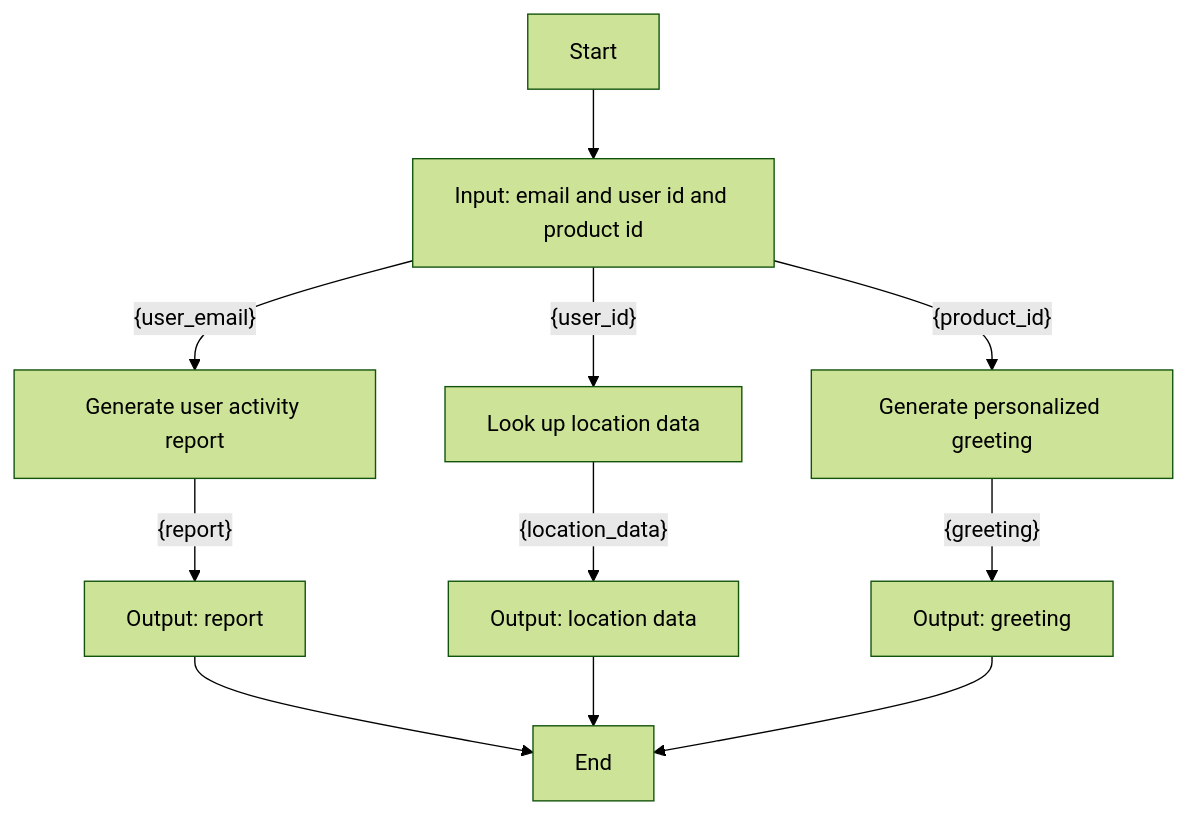
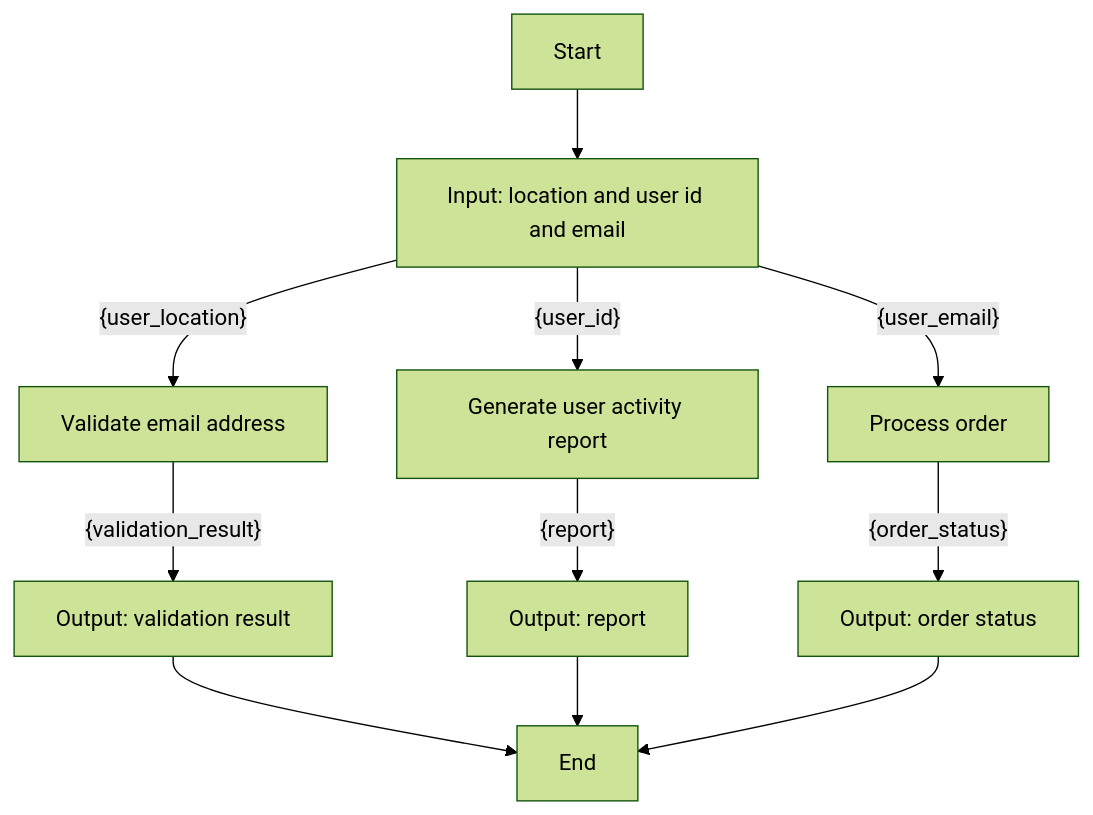
One commit to YJ-928/Temporal-Python-SDK changed the diagram in poc-dsl-compiler/input/workflows/workflow_3.md. Above: the diagram before and after it, drawn with Mermaid (forest theme). The commit also changed 46 other files, not shown here.

````diff
--- a/poc-dsl-compiler/input/workflows/workflow_3.md
+++ b/poc-dsl-compiler/input/workflows/workflow_3.md
@@ -1,13 +1,13 @@
 ```mermaid
 graph TD
-    A[Start] --> B[Input: email and user id and product id]
-    B[Input: email and user id and product id] -- {user_email} --> C[Generate user activity report]
-    C[Generate user activity report] -- {report} --> D[Output: report]
-    D[Output: report] --> I[End]
-    B[Input: email and user id and product id] -- {user_id} --> E[Look up location data]
-    E[Look up location data] -- {location_data} --> F[Output: location data]
-    F[Output: location data] --> I[End]
-    B[Input: email and user id and product id] -- {product_id} --> G[Generate personalized greeting]
-    G[Generate personalized greeting] -- {greeting} --> H[Output: greeting]
-    H[Output: greeting] --> I[End]
+    A[Start] --> B[Input: location and user id and email]
+    B[Input: location and user id and email] -- {user_location} --> C[Validate email address]
+    C[Validate email address] -- {validation_result} --> D[Output: validation result]
+    D[Output: validation result] --> I[End]
+    B[Input: location and user id and email] -- {user_id} --> E[Generate user activity report]
+    E[Generate user activity report] -- {report} --> F[Output: report]
+    F[Output: report] --> I[End]
+    B[Input: location and user id and email] -- {user_email} --> G[Process order]
+    G[Process order] -- {order_status} --> H[Output: order status]
+    H[Output: order status] --> I[End]
 ```
````
